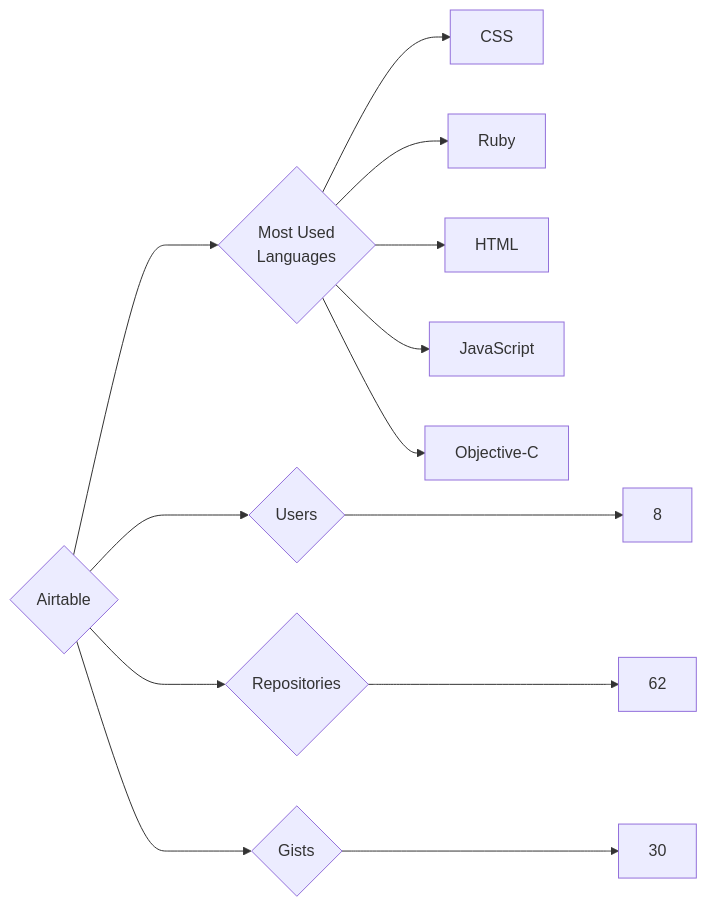
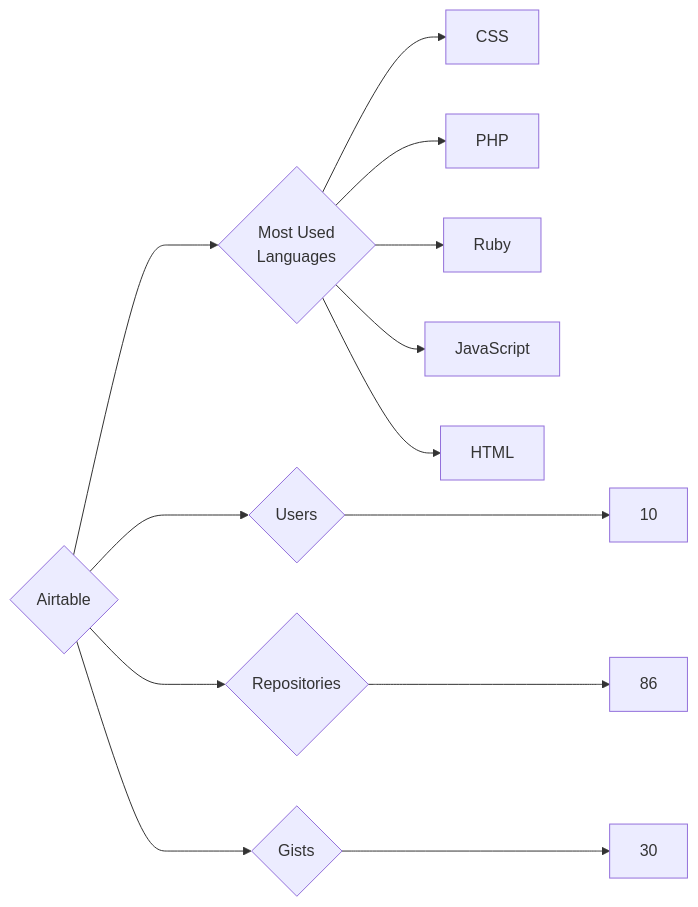
The diagram in targets/Airtable/README.md (trickest/insiders), drawn with Mermaid before and after one commit. The commit also changed 815 other files, not shown here.

````diff
--- a/targets/Airtable/README.md
+++ b/targets/Airtable/README.md
@@ -3,13 +3,13 @@
 ```mermaid
 graph LR
 COMPANY_NAME{Airtable}
-COMPANY_NAME ---> U{Users} ---> UN[8]
-COMPANY_NAME ---> R{Repositories} ---> RN[62]
+COMPANY_NAME ---> U{Users} ---> UN[10]
+COMPANY_NAME ---> R{Repositories} ---> RN[86]
 COMPANY_NAME ---> G{Gists} ---> GN[30]
 COMPANY_NAME ---> ML{Most Used<br>Languages}
 ML --> CSS[CSS]
+ML --> PHP[PHP]
 ML --> Ruby[Ruby]
+ML --> JavaScript[JavaScript]
 ML --> HTML[HTML]
-ML --> JavaScript[JavaScript]
-ML --> Objective-C[Objective-C]
 ```
````
